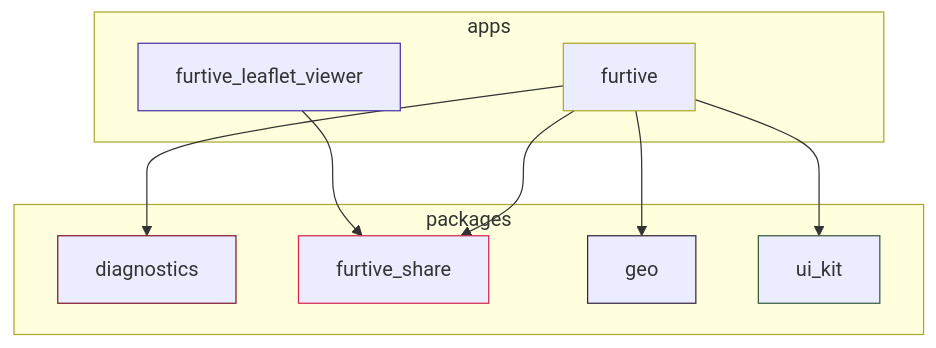
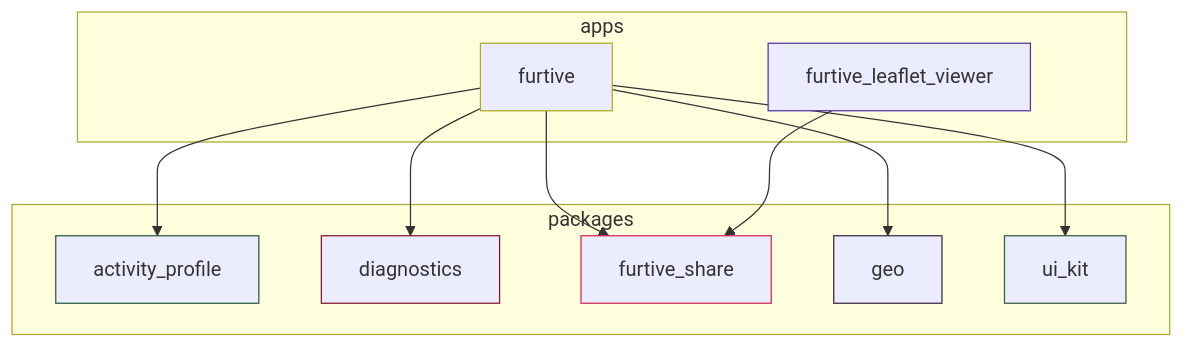
Before and after one commit to ethicnology-agent/furtive: the diagram in docs/module-graph.md, drawn with Mermaid. The commit also changed 36 other files, not shown here.

````diff
--- a/docs/module-graph.md
+++ b/docs/module-graph.md
@@ -5,30 +5,34 @@
 ```mermaid
 graph TD
+  activity_profile["activity_profile"]
+  style activity_profile stroke:#295a3f
   diagnostics["diagnostics"]
   style diagnostics stroke:#811832
   furtive["furtive"]
   style furtive stroke:#acaa26
   furtive_leaflet_viewer["furtive_leaflet_viewer"]
   style furtive_leaflet_viewer stroke:#5135a1
   furtive_share["furtive_share"]
   style furtive_share stroke:#d42752
   geo["geo"]
   style geo stroke:#362842
   ui_kit["ui_kit"]
   style ui_kit stroke:#375a43
+  furtive --> activity_profile
   furtive --> diagnostics
   furtive --> furtive_share
   furtive --> geo
   furtive --> ui_kit
   furtive_leaflet_viewer --> furtive_share
   subgraph packages0 ["packages"]
+    activity_profile
     diagnostics
     furtive_share
     geo
     ui_kit
   end
   subgraph apps1 ["apps"]
     furtive
     furtive_leaflet_viewer
   end
 ```
````
